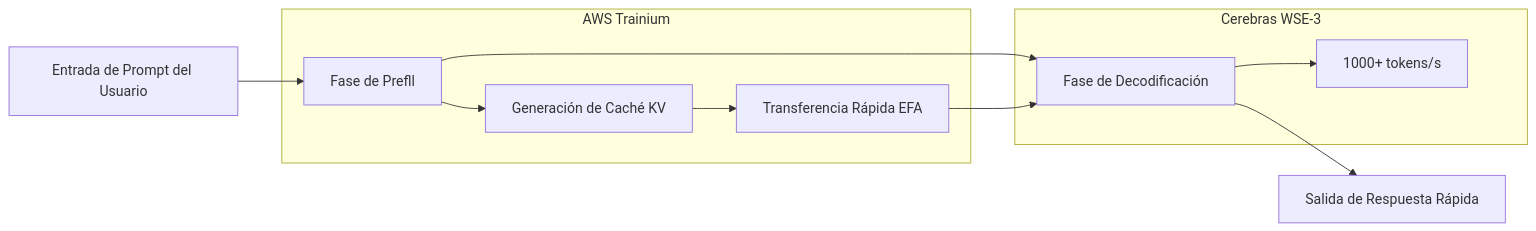
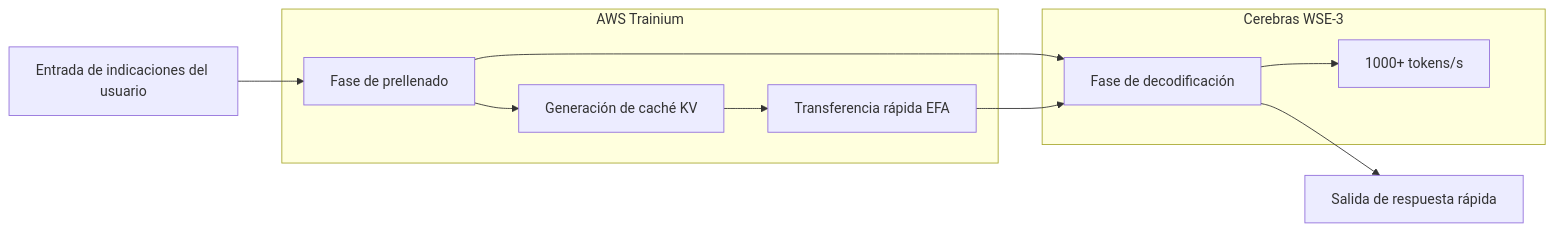
The diagram in articles/es/2026-03-18-cerebras-openai-inference-acceleration.md (no-problem-dev/rick-brick-content), drawn with Mermaid before and after one commit. The commit also changed other lines of this file and 126 other files, not shown here.

````diff
--- a/articles/es/2026-03-18-cerebras-openai-inference-acceleration.md
+++ b/articles/es/2026-03-18-cerebras-openai-inference-acceleration.md
@@ -106,16 +108,16 @@
 ```mermaid
 graph LR
-    A[Entrada de Prompt del Usuario] --> B[Fase de Prefll]
-    B --> C[Fase de Decodificación]
-    C --> D[Salida de Respuesta Rápida]
+    A[Entrada de indicaciones del usuario] --> B[Fase de prellenado]
+    B --> C[Fase de decodificación]
+    C --> D[Salida de respuesta rápida]
 
     subgraph AWS Trainium
-        B --> E[Generación de Caché KV]
-        E --> F[Transferencia Rápida EFA]
+        B --> E[Generación de caché KV]
+        E --> F[Transferencia rápida EFA]
     end
 
     subgraph Cerebras WSE-3
         F --> C
         C --> G[1000+ tokens/s]
     end
 ```
````
